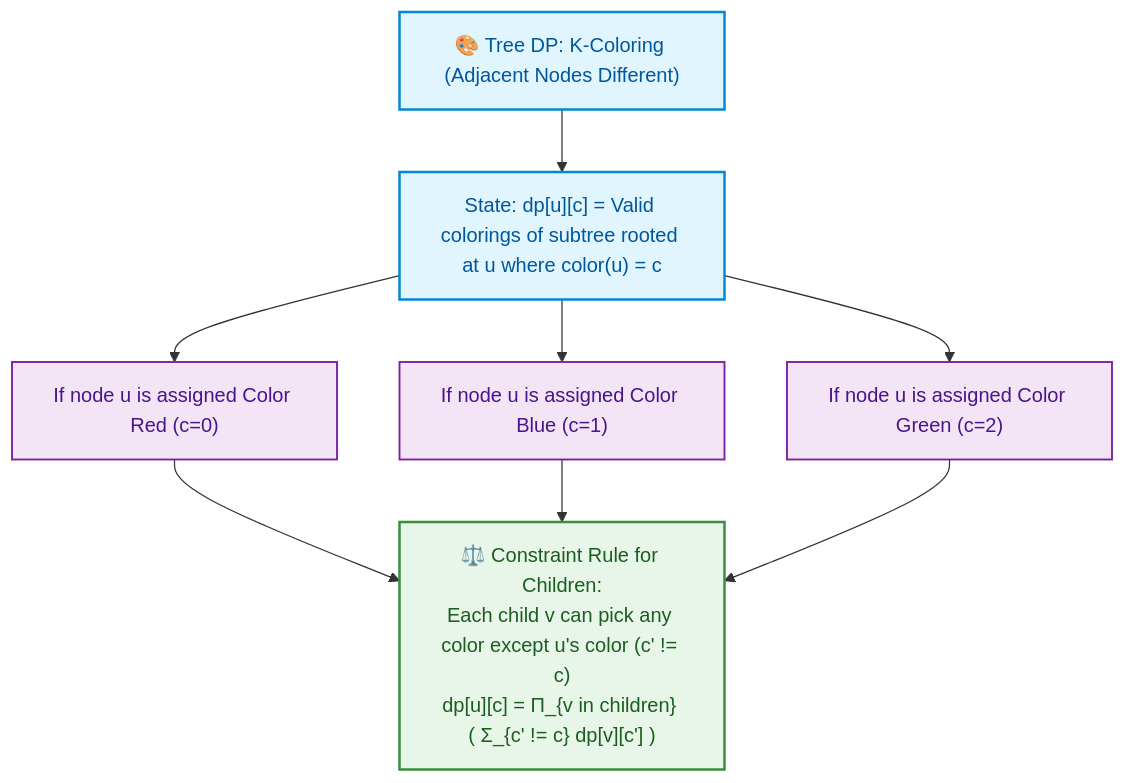
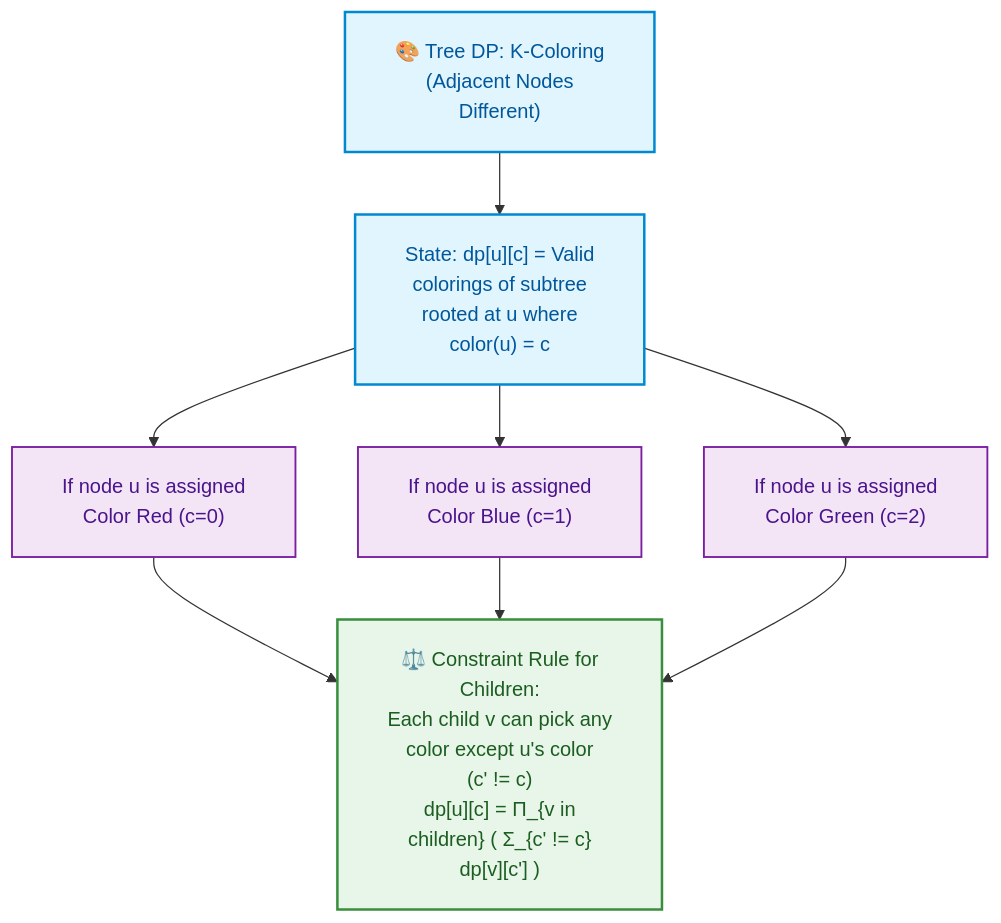
The first of 2 diagrams in week_11_dp_ii_advanced/Week_11_Visual_Concepts_Playbook_HYBRID.md (dip4k/DSA_102), drawn with Mermaid before and after one commit. The commit also changed other lines of this file and 108 other files, not shown here.

First line of the commit message:
fix(mermaid): resolve diagram clipping, padding, and syntax issues across repo

````diff
--- a/week_11_dp_ii_advanced/Week_11_Visual_Concepts_Playbook_HYBRID.md
+++ b/week_11_dp_ii_advanced/Week_11_Visual_Concepts_Playbook_HYBRID.md
@@ -106,15 +106,16 @@
 ```mermaid
+%%{init: {"flowchart": {"htmlLabels": true, "padding": 20}}}%%
 flowchart TD
     classDef node fill:#e1f5fe,stroke:#0288d1,color:#01579b,stroke-width:2px;
     classDef color fill:#f3e5f5,stroke:#7b1fa2,color:#4a148c,stroke-width:1.5px;
     classDef rule fill:#e8f5e9,stroke:#388e3c,color:#1b5e20,stroke-width:2px;
 
-    R["🎨 Tree DP: K-Coloring (Adjacent Nodes Different)"]:::node
-    R --> S["State: dp[u][c] = Valid colorings of subtree rooted at u where color(u) = c"]:::node
-    S --> C0["If node u is assigned Color Red (c=0)"]:::color
-    S --> C1["If node u is assigned Color Blue (c=1)"]:::color
-    S --> C2["If node u is assigned Color Green (c=2)"]:::color
+    R["🎨 Tree DP: K-Coloring<br/>(Adjacent Nodes<br/>Different)"]:::node
+    R --> S["State: dp[u][c] = Valid<br/>colorings of subtree<br/>rooted at u where<br/>color(u) = c"]:::node
+    S --> C0["If node u is assigned<br/>Color Red (c=0)"]:::color
+    S --> C1["If node u is assigned<br/>Color Blue (c=1)"]:::color
+    S --> C2["If node u is assigned<br/>Color Green (c=2)"]:::color
 
-    C0 --> Trans["⚖️ Constraint Rule for Children:<br/>Each child v can pick any color except u's color (c' != c)<br/>dp[u][c] = Π_{v in children} ( Σ_{c' != c} dp[v][c'] )"]:::rule
+    C0 --> Trans["⚖️ Constraint Rule for<br/>Children:<br/>Each child v can pick any<br/>color except u's color<br/>(c' != c)<br/>dp[u][c] = Π_{v in<br/>children} ( Σ_{c' != c}<br/>dp[v][c'] )"]:::rule
     C1 & C2 --> Trans
 ```
````
